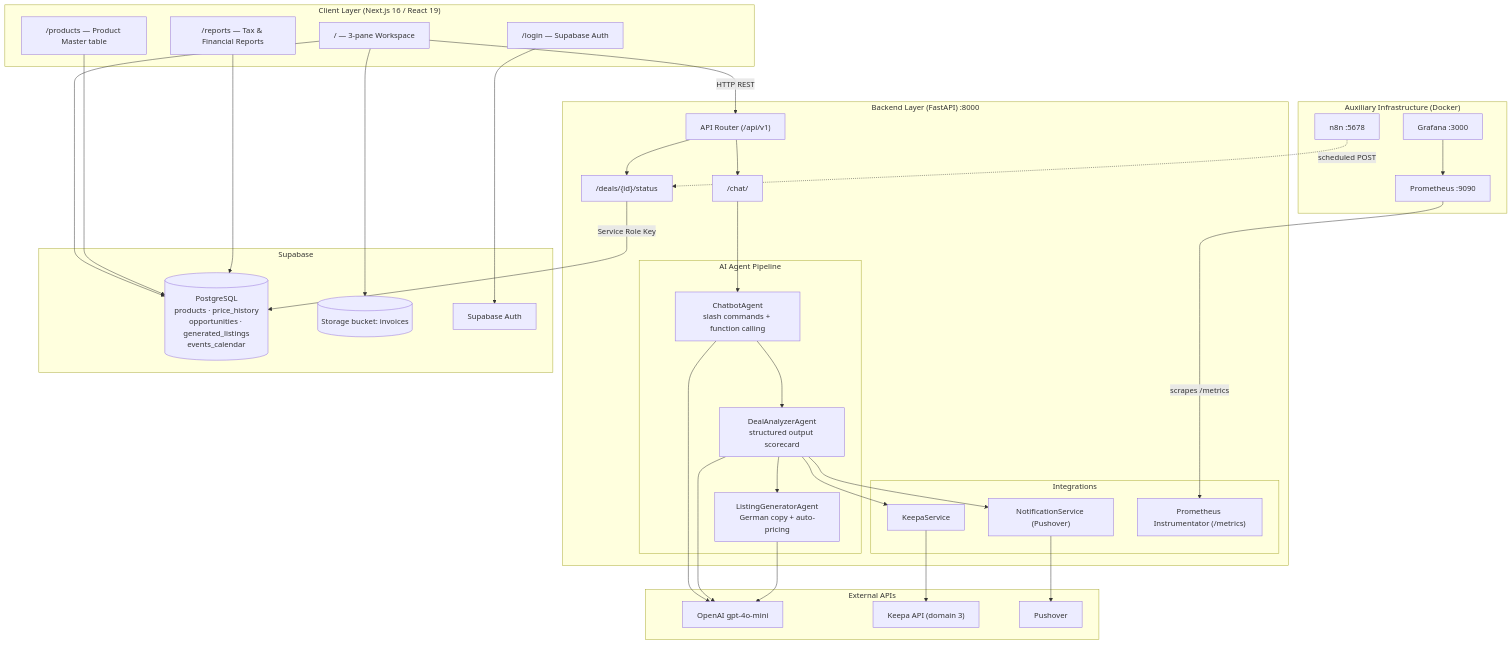
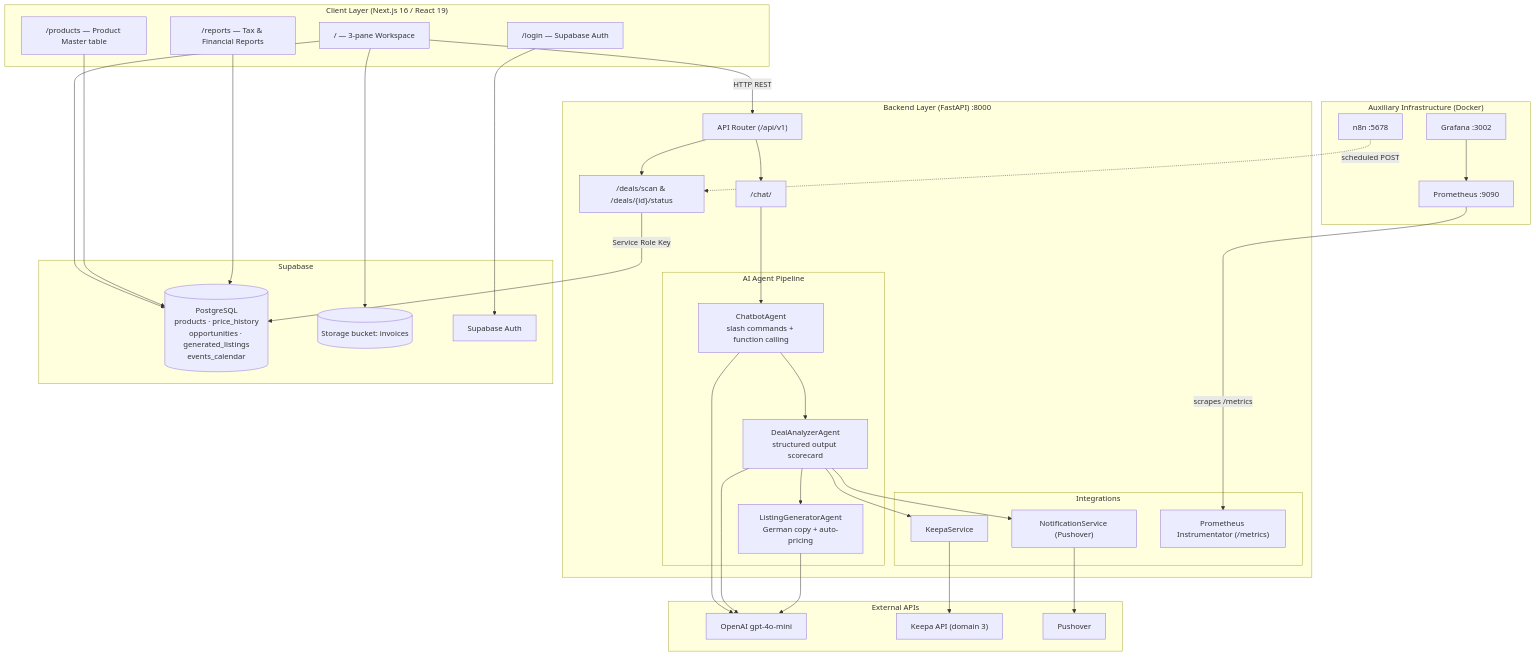
Before and after one commit to ridvanyigit/vindera-workspace: the second of 4 diagrams in TECH-DOKUMENTATION.md, drawn with Mermaid. The commit also changed other lines of this file and 22 other files, not shown here.

````diff
--- a/TECH-DOKUMENTATION.md
+++ b/TECH-DOKUMENTATION.md
@@ -65,71 +65,71 @@
 ```mermaid
 graph TB
     subgraph Client ["Client Layer (Next.js 16 / React 19)"]
         LOGIN["/login — Supabase Auth"]
         DASH["/ — 3-pane Workspace"]
         PROD["/products — Product Master table"]
         REP["/reports — Tax & Financial Reports"]
     end
 
     subgraph BackendApp ["Backend Layer (FastAPI) :8000"]
         API_ROUTER["API Router (/api/v1)"]
         CHAT_EP["/chat/"]
-        DEALS_EP["/deals/{id}/status"]
+        DEALS_EP["/deals/scan & /deals/{id}/status"]
 
         subgraph Agents ["AI Agent Pipeline"]
             CHATBOT_AGENT["ChatbotAgent<br/>slash commands + function calling"]
             DEAL_AGENT["DealAnalyzerAgent<br/>structured output scorecard"]
             LISTING_AGENT["ListingGeneratorAgent<br/>German copy + auto-pricing"]
         end
 
         subgraph Services ["Integrations"]
             KEEPA_SVC["KeepaService"]
             NOTIF_SVC["NotificationService (Pushover)"]
             PROM_INST["Prometheus Instrumentator (/metrics)"]
         end
     end
 
     subgraph DataLayer ["Supabase"]
         SUPABASE[("PostgreSQL<br/>products · price_history<br/>opportunities · generated_listings<br/>events_calendar")]
         STORAGE[("Storage bucket: invoices")]
         AUTH["Supabase Auth"]
     end
 
     subgraph ExternalServices ["External APIs"]
         OPENAI_API["OpenAI gpt-4o-mini"]
         KEEPA_API["Keepa API (domain 3)"]
         PUSHOVER_API["Pushover"]
     end
 
     subgraph Infra ["Auxiliary Infrastructure (Docker)"]
         N8N["n8n :5678"]
         PROM["Prometheus :9090"]
-        GRAFANA["Grafana :3000"]
+        GRAFANA["Grafana :3002"]
     end
 
     LOGIN --> AUTH
     DASH --> SUPABASE
     DASH --> STORAGE
     PROD --> SUPABASE
     REP --> SUPABASE
     DASH -- HTTP REST --> API_ROUTER
 
     API_ROUTER --> CHAT_EP
     API_ROUTER --> DEALS_EP
     CHAT_EP --> CHATBOT_AGENT
     CHATBOT_AGENT --> DEAL_AGENT
     DEAL_AGENT --> LISTING_AGENT
 
     CHATBOT_AGENT --> OPENAI_API
     DEAL_AGENT --> OPENAI_API
     LISTING_AGENT --> OPENAI_API
     DEAL_AGENT --> KEEPA_SVC
     KEEPA_SVC --> KEEPA_API
     DEAL_AGENT --> NOTIF_SVC
     NOTIF_SVC --> PUSHOVER_API
     DEALS_EP -- Service Role Key --> SUPABASE
 
     N8N -. scheduled POST .-> DEALS_EP
     PROM -- scrapes /metrics --> PROM_INST
     GRAFANA --> PROM
 ```
````
